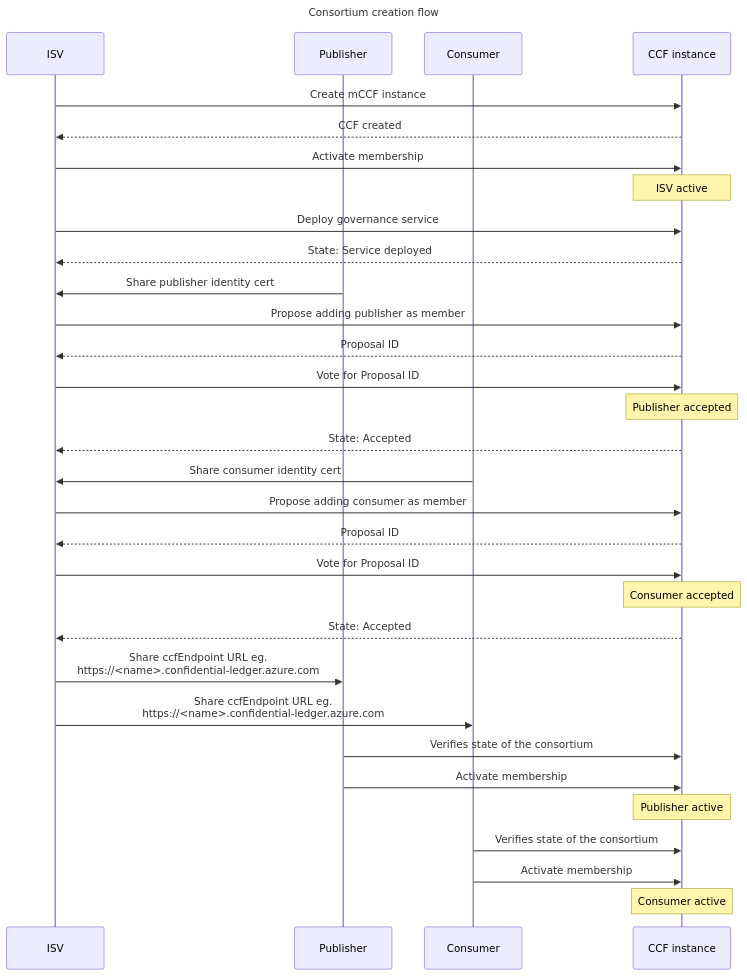
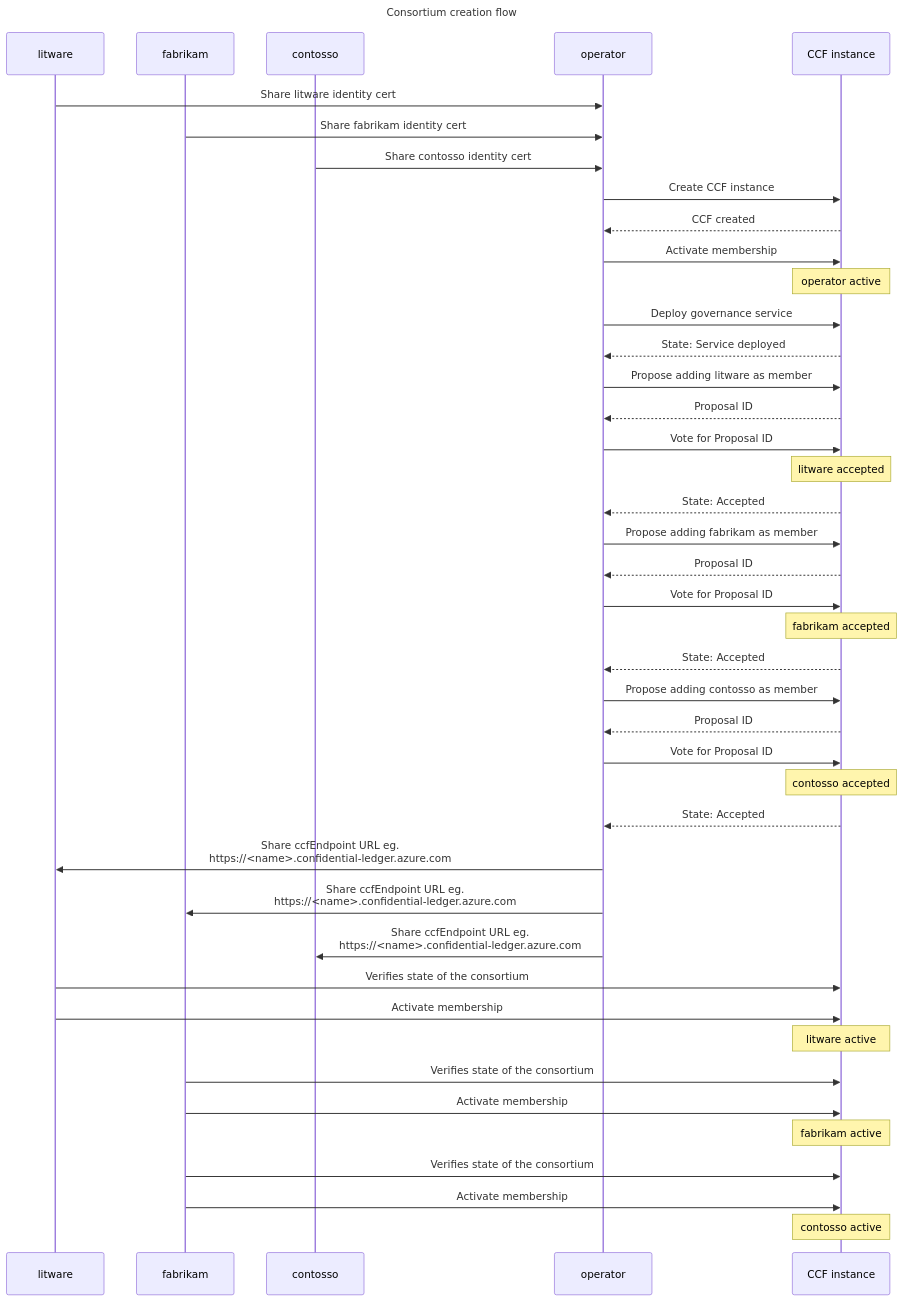
One commit to hprabh/azure-cleanroom-samples changed the second of 5 diagrams in README.md. Above: the diagram before and after it, drawn with Mermaid. The commit also changed other lines of this file and 2 other files, not shown here.

````diff
--- a/README.md
+++ b/README.md
@@ -165,35 +179,46 @@
 ```mermaid
 sequenceDiagram
     title Consortium creation flow
-    participant m2 as ISV
-    participant m1 as Publisher
-    participant m0 as Consumer
+    participant m0 as litware
+    participant m1 as fabrikam
+    participant m2 as contosso
+    participant mx as operator
     participant CCF as CCF instance
 
-    m2->>CCF: Create mCCF instance
-    CCF-->>m2: CCF created
-    m2->>CCF: Activate membership
-    Note over CCF: ISV active
-    m2->>CCF: Deploy governance service
-    CCF-->>m2: State: Service deployed
-    m1->>m2: Share publisher identity cert
-    m2->>CCF: Propose adding publisher as member
-    CCF-->>m2: Proposal ID
-    m2->>CCF: Vote for Proposal ID
-    Note over CCF: Publisher accepted
-    CCF-->>m2: State: Accepted
-    m0->>m2: Share consumer identity cert
-    m2->>CCF: Propose adding consumer as member
-    CCF-->>m2: Proposal ID
-    m2->>CCF: Vote for Proposal ID
-    Note over CCF: Consumer accepted
-    CCF-->>m2: State: Accepted
-    m2->>m1: Share ccfEndpoint URL eg.<br>https://<name>.confidential-ledger.azure.com
-    m2->>m0: Share ccfEndpoint URL eg.<br>https://<name>.confidential-ledger.azure.com
+    m0->>mx: Share litware identity cert
+    m1->>mx: Share fabrikam identity cert
+    m2->>mx: Share contosso identity cert
+    mx->>CCF: Create CCF instance
+    CCF-->>mx: CCF created
+    mx->>CCF: Activate membership
+    Note over CCF: operator active
+    mx->>CCF: Deploy governance service
+    CCF-->>mx: State: Service deployed
+    mx->>CCF: Propose adding litware as member
+    CCF-->>mx: Proposal ID
+    mx->>CCF: Vote for Proposal ID
+    Note over CCF: litware accepted
+    CCF-->>mx: State: Accepted
+    mx->>CCF: Propose adding fabrikam as member
+    CCF-->>mx: Proposal ID
+    mx->>CCF: Vote for Proposal ID
+    Note over CCF: fabrikam accepted
+    CCF-->>mx: State: Accepted
+    mx->>CCF: Propose adding contosso as member
+    CCF-->>mx: Proposal ID
+    mx->>CCF: Vote for Proposal ID
+    Note over CCF: contosso accepted
+    CCF-->>mx: State: Accepted
+    mx->>m0: Share ccfEndpoint URL eg.<br>https://<name>.confidential-ledger.azure.com
+    mx->>m1: Share ccfEndpoint URL eg.<br>https://<name>.confidential-ledger.azure.com
+    mx->>m2: Share ccfEndpoint URL eg.<br>https://<name>.confidential-ledger.azure.com
+    m0->>CCF: Verifies state of the consortium
+    m0->>CCF: Activate membership
+    Note over CCF: litware active
     m1->>CCF: Verifies state of the consortium
     m1->>CCF: Activate membership
-    Note over CCF: Publisher active
-    m0->>CCF: Verifies state of the consortium
-    m0->>CCF: Activate membership
-    Note over CCF: Consumer active
+    Note over CCF: fabrikam active
+    m1->>CCF: Verifies state of the consortium
+    m1->>CCF: Activate membership
+    Note over CCF: contosso active
 ```
````
